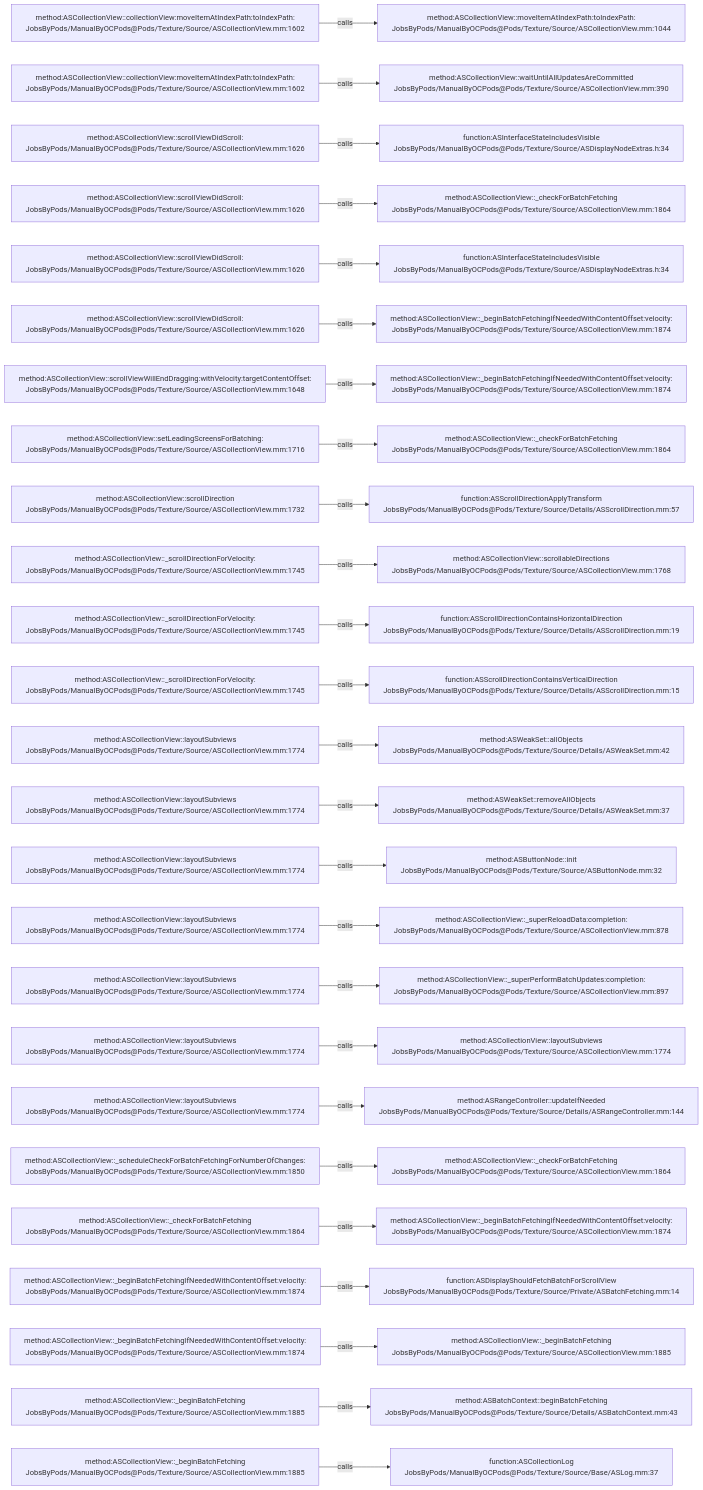
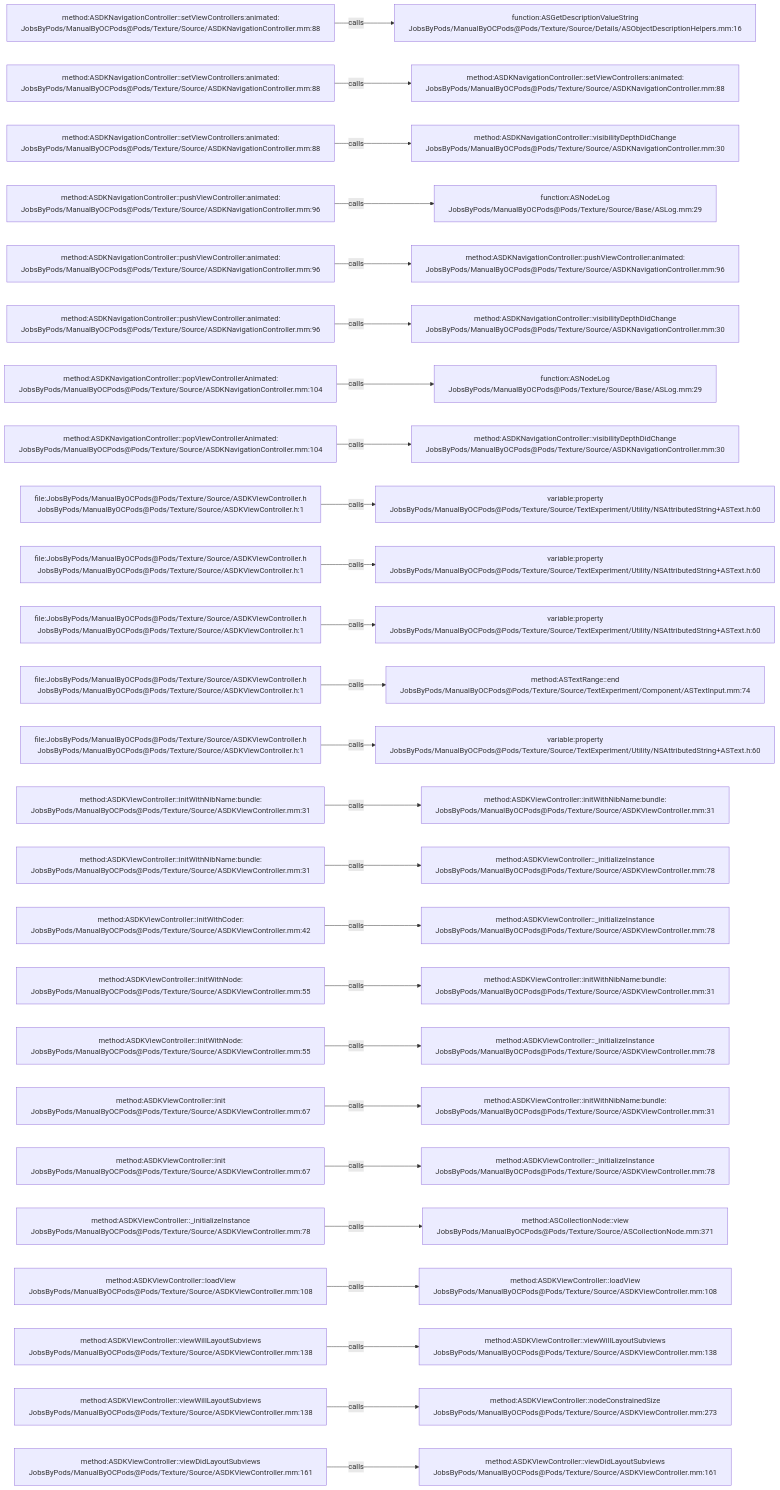
The diagram in .codegraph/codegraph.md/graphs/calls-090.md (JobsKits/JobsOCBaseConfigDemo), drawn with Mermaid before and after one commit. The commit also changed 1223 other files, not shown here.

````diff
--- a/.codegraph/codegraph.md/graphs/calls-090.md
+++ b/.codegraph/codegraph.md/graphs/calls-090.md
@@ -13,78 +13,78 @@
 ```mermaid
 flowchart LR
-  S1["method:ASCollectionView::collectionView:moveItemAtIndexPath:toIndexPath:<br/>JobsByPods/ManualByOCPods@Pods/Texture/Source/ASCollectionView.mm:1602"]
-  T1["method:ASCollectionView::moveItemAtIndexPath:toIndexPath:<br/>JobsByPods/ManualByOCPods@Pods/Texture/Source/ASCollectionView.mm:1044"]
+  S1["method:ASDKNavigationController::setViewControllers:animated:<br/>JobsByPods/ManualByOCPods@Pods/Texture/Source/ASDKNavigationController.mm:88"]
+  T1["function:ASGetDescriptionValueString<br/>JobsByPods/ManualByOCPods@Pods/Texture/Source/Details/ASObjectDescriptionHelpers.mm:16"]
   S1 -->|calls| T1
-  S2["method:ASCollectionView::collectionView:moveItemAtIndexPath:toIndexPath:<br/>JobsByPods/ManualByOCPods@Pods/Texture/Source/ASCollectionView.mm:1602"]
-  T2["method:ASCollectionView::waitUntilAllUpdatesAreCommitted<br/>JobsByPods/ManualByOCPods@Pods/Texture/Source/ASCollectionView.mm:390"]
+  S2["method:ASDKNavigationController::setViewControllers:animated:<br/>JobsByPods/ManualByOCPods@Pods/Texture/Source/ASDKNavigationController.mm:88"]
+  T2["method:ASDKNavigationController::setViewControllers:animated:<br/>JobsByPods/ManualByOCPods@Pods/Texture/Source/ASDKNavigationController.mm:88"]
   S2 -->|calls| T2
-  S3["method:ASCollectionView::scrollViewDidScroll:<br/>JobsByPods/ManualByOCPods@Pods/Texture/Source/ASCollectionView.mm:1626"]
-  T3["function:ASInterfaceStateIncludesVisible<br/>JobsByPods/ManualByOCPods@Pods/Texture/Source/ASDisplayNodeExtras.h:34"]
+  S3["method:ASDKNavigationController::setViewControllers:animated:<br/>JobsByPods/ManualByOCPods@Pods/Texture/Source/ASDKNavigationController.mm:88"]
+  T3["method:ASDKNavigationController::visibilityDepthDidChange<br/>JobsByPods/ManualByOCPods@Pods/Texture/Source/ASDKNavigationController.mm:30"]
   S3 -->|calls| T3
-  S4["method:ASCollectionView::scrollViewDidScroll:<br/>JobsByPods/ManualByOCPods@Pods/Texture/Source/ASCollectionView.mm:1626"]
-  T4["method:ASCollectionView::_checkForBatchFetching<br/>JobsByPods/ManualByOCPods@Pods/Texture/Source/ASCollectionView.mm:1864"]
+  S4["method:ASDKNavigationController::pushViewController:animated:<br/>JobsByPods/ManualByOCPods@Pods/Texture/Source/ASDKNavigationController.mm:96"]
+  T4["function:ASNodeLog<br/>JobsByPods/ManualByOCPods@Pods/Texture/Source/Base/ASLog.mm:29"]
   S4 -->|calls| T4
-  S5["method:ASCollectionView::scrollViewDidScroll:<br/>JobsByPods/ManualByOCPods@Pods/Texture/Source/ASCollectionView.mm:1626"]
-  T5["function:ASInterfaceStateIncludesVisible<br/>JobsByPods/ManualByOCPods@Pods/Texture/Source/ASDisplayNodeExtras.h:34"]
+  S5["method:ASDKNavigationController::pushViewController:animated:<br/>JobsByPods/ManualByOCPods@Pods/Texture/Source/ASDKNavigationController.mm:96"]
+  T5["method:ASDKNavigationController::pushViewController:animated:<br/>JobsByPods/ManualByOCPods@Pods/Texture/Source/ASDKNavigationController.mm:96"]
   S5 -->|calls| T5
-  S6["method:ASCollectionView::scrollViewDidScroll:<br/>JobsByPods/ManualByOCPods@Pods/Texture/Source/ASCollectionView.mm:1626"]
-  T6["method:ASCollectionView::_beginBatchFetchingIfNeededWithContentOffset:velocity:<br/>JobsByPods/ManualByOCPods@Pods/Texture/Source/ASCollectionView.mm:1874"]
+  S6["method:ASDKNavigationController::pushViewController:animated:<br/>JobsByPods/ManualByOCPods@Pods/Texture/Source/ASDKNavigationController.mm:96"]
+  T6["method:ASDKNavigationController::visibilityDepthDidChange<br/>JobsByPods/ManualByOCPods@Pods/Texture/Source/ASDKNavigationController.mm:30"]
   S6 -->|calls| T6
-  S7["method:ASCollectionView::scrollViewWillEndDragging:withVelocity:targetContentOffset:<br/>JobsByPods/ManualByOCPods@Pods/Texture/Source/ASCollectionView.mm:1648"]
-  T7["method:ASCollectionView::_beginBatchFetchingIfNeededWithContentOffset:velocity:<br/>JobsByPods/ManualByOCPods@Pods/Texture/Source/ASCollectionView.mm:1874"]
+  S7["method:ASDKNavigationController::popViewControllerAnimated:<br/>JobsByPods/ManualByOCPods@Pods/Texture/Source/ASDKNavigationController.mm:104"]
+  T7["function:ASNodeLog<br/>JobsByPods/ManualByOCPods@Pods/Texture/Source/Base/ASLog.mm:29"]
   S7 -->|calls| T7
-  S8["method:ASCollectionView::setLeadingScreensForBatching:<br/>JobsByPods/ManualByOCPods@Pods/Texture/Source/ASCollectionView.mm:1716"]
-  T8["method:ASCollectionView::_checkForBatchFetching<br/>JobsByPods/ManualByOCPods@Pods/Texture/Source/ASCollectionView.mm:1864"]
+  S8["method:ASDKNavigationController::popViewControllerAnimated:<br/>JobsByPods/ManualByOCPods@Pods/Texture/Source/ASDKNavigationController.mm:104"]
+  T8["method:ASDKNavigationController::visibilityDepthDidChange<br/>JobsByPods/ManualByOCPods@Pods/Texture/Source/ASDKNavigationController.mm:30"]
   S8 -->|calls| T8
-  S9["method:ASCollectionView::scrollDirection<br/>JobsByPods/ManualByOCPods@Pods/Texture/Source/ASCollectionView.mm:1732"]
-  T9["function:ASScrollDirectionApplyTransform<br/>JobsByPods/ManualByOCPods@Pods/Texture/Source/Details/ASScrollDirection.mm:57"]
+  S9["file:JobsByPods/ManualByOCPods@Pods/Texture/Source/ASDKViewController.h<br/>JobsByPods/ManualByOCPods@Pods/Texture/Source/ASDKViewController.h:1"]
+  T9["variable:property<br/>JobsByPods/ManualByOCPods@Pods/Texture/Source/TextExperiment/Utility/NSAttributedString+ASText.h:60"]
   S9 -->|calls| T9
-  S10["method:ASCollectionView::_scrollDirectionForVelocity:<br/>JobsByPods/ManualByOCPods@Pods/Texture/Source/ASCollectionView.mm:1745"]
-  T10["method:ASCollectionView::scrollableDirections<br/>JobsByPods/ManualByOCPods@Pods/Texture/Source/ASCollectionView.mm:1768"]
+  S10["file:JobsByPods/ManualByOCPods@Pods/Texture/Source/ASDKViewController.h<br/>JobsByPods/ManualByOCPods@Pods/Texture/Source/ASDKViewController.h:1"]
+  T10["variable:property<br/>JobsByPods/ManualByOCPods@Pods/Texture/Source/TextExperiment/Utility/NSAttributedString+ASText.h:60"]
   S10 -->|calls| T10
-  S11["method:ASCollectionView::_scrollDirectionForVelocity:<br/>JobsByPods/ManualByOCPods@Pods/Texture/Source/ASCollectionView.mm:1745"]
-  T11["function:ASScrollDirectionContainsHorizontalDirection<br/>JobsByPods/ManualByOCPods@Pods/Texture/Source/Details/ASScrollDirection.mm:19"]
+  S11["file:JobsByPods/ManualByOCPods@Pods/Texture/Source/ASDKViewController.h<br/>JobsByPods/ManualByOCPods@Pods/Texture/Source/ASDKViewController.h:1"]
+  T11["variable:property<br/>JobsByPods/ManualByOCPods@Pods/Texture/Source/TextExperiment/Utility/NSAttributedString+ASText.h:60"]
   S11 -->|calls| T11
-  S12["method:ASCollectionView::_scrollDirectionForVelocity:<br/>JobsByPods/ManualByOCPods@Pods/Texture/Source/ASCollectionView.mm:1745"]
-  T12["function:ASScrollDirectionContainsVerticalDirection<br/>JobsByPods/ManualByOCPods@Pods/Texture/Source/Details/ASScrollDirection.mm:15"]
+  S12["file:JobsByPods/ManualByOCPods@Pods/Texture/Source/ASDKViewController.h<br/>JobsByPods/ManualByOCPods@Pods/Texture/Source/ASDKViewController.h:1"]
+  T12["method:ASTextRange::end<br/>JobsByPods/ManualByOCPods@Pods/Texture/Source/TextExperiment/Component/ASTextInput.mm:74"]
   S12 -->|calls| T12
-  S13["method:ASCollectionView::layoutSubviews<br/>JobsByPods/ManualByOCPods@Pods/Texture/Source/ASCollectionView.mm:1774"]
-  T13["method:ASWeakSet::allObjects<br/>JobsByPods/ManualByOCPods@Pods/Texture/Source/Details/ASWeakSet.mm:42"]
+  S13["file:JobsByPods/ManualByOCPods@Pods/Texture/Source/ASDKViewController.h<br/>JobsByPods/ManualByOCPods@Pods/Texture/Source/ASDKViewController.h:1"]
+  T13["variable:property<br/>JobsByPods/ManualByOCPods@Pods/Texture/Source/TextExperiment/Utility/NSAttributedString+ASText.h:60"]
   S13 -->|calls| T13
-  S14["method:ASCollectionView::layoutSubviews<br/>JobsByPods/ManualByOCPods@Pods/Texture/Source/ASCollectionView.mm:1774"]
-  T14["method:ASWeakSet::removeAllObjects<br/>JobsByPods/ManualByOCPods@Pods/Texture/Source/Details/ASWeakSet.mm:37"]
+  S14["method:ASDKViewController::initWithNibName:bundle:<br/>JobsByPods/ManualByOCPods@Pods/Texture/Source/ASDKViewController.mm:31"]
+  T14["method:ASDKViewController::initWithNibName:bundle:<br/>JobsByPods/ManualByOCPods@Pods/Texture/Source/ASDKViewController.mm:31"]
   S14 -->|calls| T14
-  S15["method:ASCollectionView::layoutSubviews<br/>JobsByPods/ManualByOCPods@Pods/Texture/Source/ASCollectionView.mm:1774"]
-  T15["method:ASButtonNode::init<br/>JobsByPods/ManualByOCPods@Pods/Texture/Source/ASButtonNode.mm:32"]
+  S15["method:ASDKViewController::initWithNibName:bundle:<br/>JobsByPods/ManualByOCPods@Pods/Texture/Source/ASDKViewController.mm:31"]
+  T15["method:ASDKViewController::_initializeInstance<br/>JobsByPods/ManualByOCPods@Pods/Texture/Source/ASDKViewController.mm:78"]
   S15 -->|calls| T15
-  S16["method:ASCollectionView::layoutSubviews<br/>JobsByPods/ManualByOCPods@Pods/Texture/Source/ASCollectionView.mm:1774"]
-  T16["method:ASCollectionView::_superReloadData:completion:<br/>JobsByPods/ManualByOCPods@Pods/Texture/Source/ASCollectionView.mm:878"]
+  S16["method:ASDKViewController::initWithCoder:<br/>JobsByPods/ManualByOCPods@Pods/Texture/Source/ASDKViewController.mm:42"]
+  T16["method:ASDKViewController::_initializeInstance<br/>JobsByPods/ManualByOCPods@Pods/Texture/Source/ASDKViewController.mm:78"]
   S16 -->|calls| T16
-  S17["method:ASCollectionView::layoutSubviews<br/>JobsByPods/ManualByOCPods@Pods/Texture/Source/ASCollectionView.mm:1774"]
-  T17["method:ASCollectionView::_superPerformBatchUpdates:completion:<br/>JobsByPods/ManualByOCPods@Pods/Texture/Source/ASCollectionView.mm:897"]
+  S17["method:ASDKViewController::initWithNode:<br/>JobsByPods/ManualByOCPods@Pods/Texture/Source/ASDKViewController.mm:55"]
+  T17["method:ASDKViewController::initWithNibName:bundle:<br/>JobsByPods/ManualByOCPods@Pods/Texture/Source/ASDKViewController.mm:31"]
   S17 -->|calls| T17
-  S18["method:ASCollectionView::layoutSubviews<br/>JobsByPods/ManualByOCPods@Pods/Texture/Source/ASCollectionView.mm:1774"]
-  T18["method:ASCollectionView::layoutSubviews<br/>JobsByPods/ManualByOCPods@Pods/Texture/Source/ASCollectionView.mm:1774"]
+  S18["method:ASDKViewController::initWithNode:<br/>JobsByPods/ManualByOCPods@Pods/Texture/Source/ASDKViewController.mm:55"]
+  T18["method:ASDKViewController::_initializeInstance<br/>JobsByPods/ManualByOCPods@Pods/Texture/Source/ASDKViewController.mm:78"]
   S18 -->|calls| T18
-  S19["method:ASCollectionView::layoutSubviews<br/>JobsByPods/ManualByOCPods@Pods/Texture/Source/ASCollectionView.mm:1774"]
-  T19["method:ASRangeController::updateIfNeeded<br/>JobsByPods/ManualByOCPods@Pods/Texture/Source/Details/ASRangeController.mm:144"]
+  S19["method:ASDKViewController::init<br/>JobsByPods/ManualByOCPods@Pods/Texture/Source/ASDKViewController.mm:67"]
+  T19["method:ASDKViewController::initWithNibName:bundle:<br/>JobsByPods/ManualByOCPods@Pods/Texture/Source/ASDKViewController.mm:31"]
   S19 -->|calls| T19
-  S20["method:ASCollectionView::_scheduleCheckForBatchFetchingForNumberOfChanges:<br/>JobsByPods/ManualByOCPods@Pods/Texture/Source/ASCollectionView.mm:1850"]
-  T20["method:ASCollectionView::_checkForBatchFetching<br/>JobsByPods/ManualByOCPods@Pods/Texture/Source/ASCollectionView.mm:1864"]
+  S20["method:ASDKViewController::init<br/>JobsByPods/ManualByOCPods@Pods/Texture/Source/ASDKViewController.mm:67"]
+  T20["method:ASDKViewController::_initializeInstance<br/>JobsByPods/ManualByOCPods@Pods/Texture/Source/ASDKViewController.mm:78"]
   S20 -->|calls| T20
-  S21["method:ASCollectionView::_checkForBatchFetching<br/>JobsByPods/ManualByOCPods@Pods/Texture/Source/ASCollectionView.mm:1864"]
-  T21["method:ASCollectionView::_beginBatchFetchingIfNeededWithContentOffset:velocity:<br/>JobsByPods/ManualByOCPods@Pods/Texture/Source/ASCollectionView.mm:1874"]
+  S21["method:ASDKViewController::_initializeInstance<br/>JobsByPods/ManualByOCPods@Pods/Texture/Source/ASDKViewController.mm:78"]
+  T21["method:ASCollectionNode::view<br/>JobsByPods/ManualByOCPods@Pods/Texture/Source/ASCollectionNode.mm:371"]
   S21 -->|calls| T21
-  S22["method:ASCollectionView::_beginBatchFetchingIfNeededWithContentOffset:velocity:<br/>JobsByPods/ManualByOCPods@Pods/Texture/Source/ASCollectionView.mm:1874"]
-  T22["function:ASDisplayShouldFetchBatchForScrollView<br/>JobsByPods/ManualByOCPods@Pods/Texture/Source/Private/ASBatchFetching.mm:14"]
+  S22["method:ASDKViewController::loadView<br/>JobsByPods/ManualByOCPods@Pods/Texture/Source/ASDKViewController.mm:108"]
+  T22["method:ASDKViewController::loadView<br/>JobsByPods/ManualByOCPods@Pods/Texture/Source/ASDKViewController.mm:108"]
   S22 -->|calls| T22
-  S23["method:ASCollectionView::_beginBatchFetchingIfNeededWithContentOffset:velocity:<br/>JobsByPods/ManualByOCPods@Pods/Texture/Source/ASCollectionView.mm:1874"]
-  T23["method:ASCollectionView::_beginBatchFetching<br/>JobsByPods/ManualByOCPods@Pods/Texture/Source/ASCollectionView.mm:1885"]
+  S23["method:ASDKViewController::viewWillLayoutSubviews<br/>JobsByPods/ManualByOCPods@Pods/Texture/Source/ASDKViewController.mm:138"]
+  T23["method:ASDKViewController::viewWillLayoutSubviews<br/>JobsByPods/ManualByOCPods@Pods/Texture/Source/ASDKViewController.mm:138"]
   S23 -->|calls| T23
-  S24["method:ASCollectionView::_beginBatchFetching<br/>JobsByPods/ManualByOCPods@Pods/Texture/Source/ASCollectionView.mm:1885"]
-  T24["method:ASBatchContext::beginBatchFetching<br/>JobsByPods/ManualByOCPods@Pods/Texture/Source/Details/ASBatchContext.mm:43"]
+  S24["method:ASDKViewController::viewWillLayoutSubviews<br/>JobsByPods/ManualByOCPods@Pods/Texture/Source/ASDKViewController.mm:138"]
+  T24["method:ASDKViewController::nodeConstrainedSize<br/>JobsByPods/ManualByOCPods@Pods/Texture/Source/ASDKViewController.mm:273"]
   S24 -->|calls| T24
-  S25["method:ASCollectionView::_beginBatchFetching<br/>JobsByPods/ManualByOCPods@Pods/Texture/Source/ASCollectionView.mm:1885"]
-  T25["function:ASCollectionLog<br/>JobsByPods/ManualByOCPods@Pods/Texture/Source/Base/ASLog.mm:37"]
+  S25["method:ASDKViewController::viewDidLayoutSubviews<br/>JobsByPods/ManualByOCPods@Pods/Texture/Source/ASDKViewController.mm:161"]
+  T25["method:ASDKViewController::viewDidLayoutSubviews<br/>JobsByPods/ManualByOCPods@Pods/Texture/Source/ASDKViewController.mm:161"]
   S25 -->|calls| T25
 ```
````
